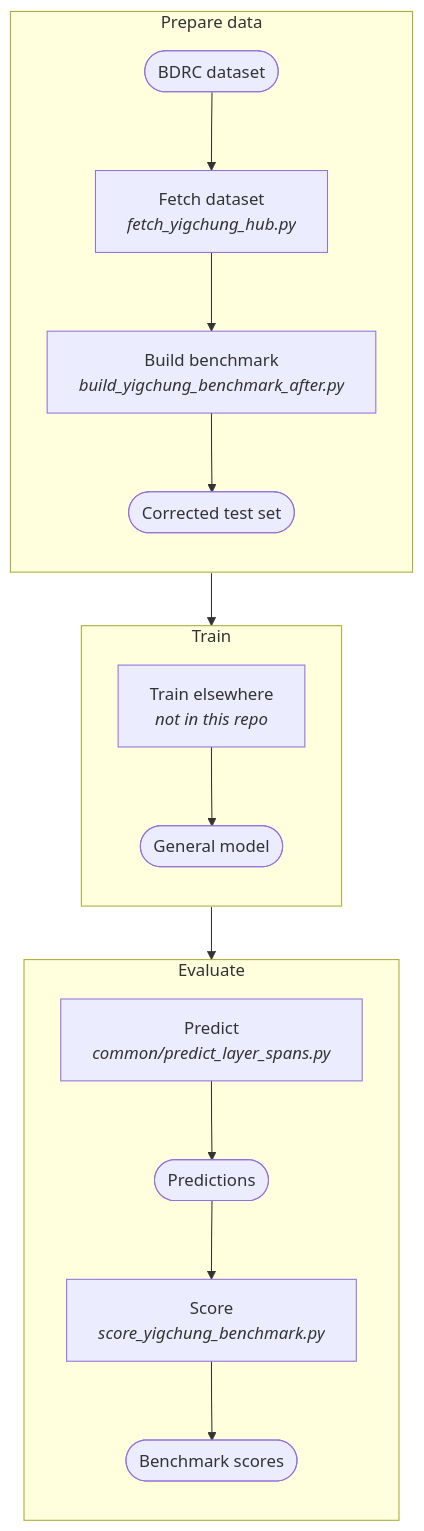
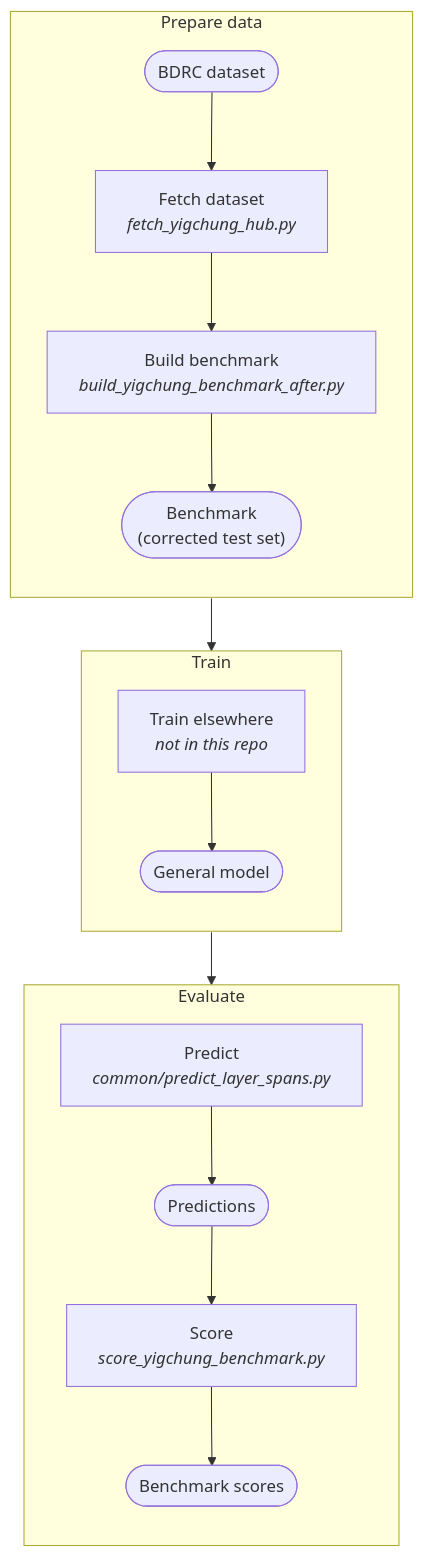
Before and after one commit to tenzinyonten/tibetan-layer-detection: the diagram in yigchung/docs/pipeline.mmd, drawn with Mermaid. The commit also changed 14 other files, not shown here.

Commit message:
Charts: benchmark, validation and LLM-baseline boxes for Sabche, Quotation, Title/author, Tsawa, Yigchung

```diff
--- a/yigchung/docs/pipeline.mmd
+++ b/yigchung/docs/pipeline.mmd
@@ -1,20 +1,20 @@
 %%{init: {"flowchart": {"htmlLabels": false}}}%%
 flowchart TD
   subgraph PREP["Prepare data"]
     direction TB
     F1(["BDRC dataset"]) --> S1["Fetch dataset<br/><i>fetch_yigchung_hub.py</i>"]
     S1 --> S2["Build benchmark<br/><i>build_yigchung_benchmark_after.py</i>"]
-    S2 --> F2(["Corrected test set"])
+    S2 --> F2(["Benchmark<br/>(corrected test set)"])
   end
   subgraph TRAIN["Train"]
     direction TB
     T1["Train elsewhere<br/><i>not in this repo</i>"] --> F3(["General model"])
   end
   subgraph EVAL["Evaluate"]
     direction TB
     E1["Predict<br/><i>common/predict_layer_spans.py</i>"] --> F4(["Predictions"])
     F4 --> E2["Score<br/><i>score_yigchung_benchmark.py</i>"]
     E2 --> F5(["Benchmark scores"])
   end
   PREP --> TRAIN
   TRAIN --> EVAL
```
